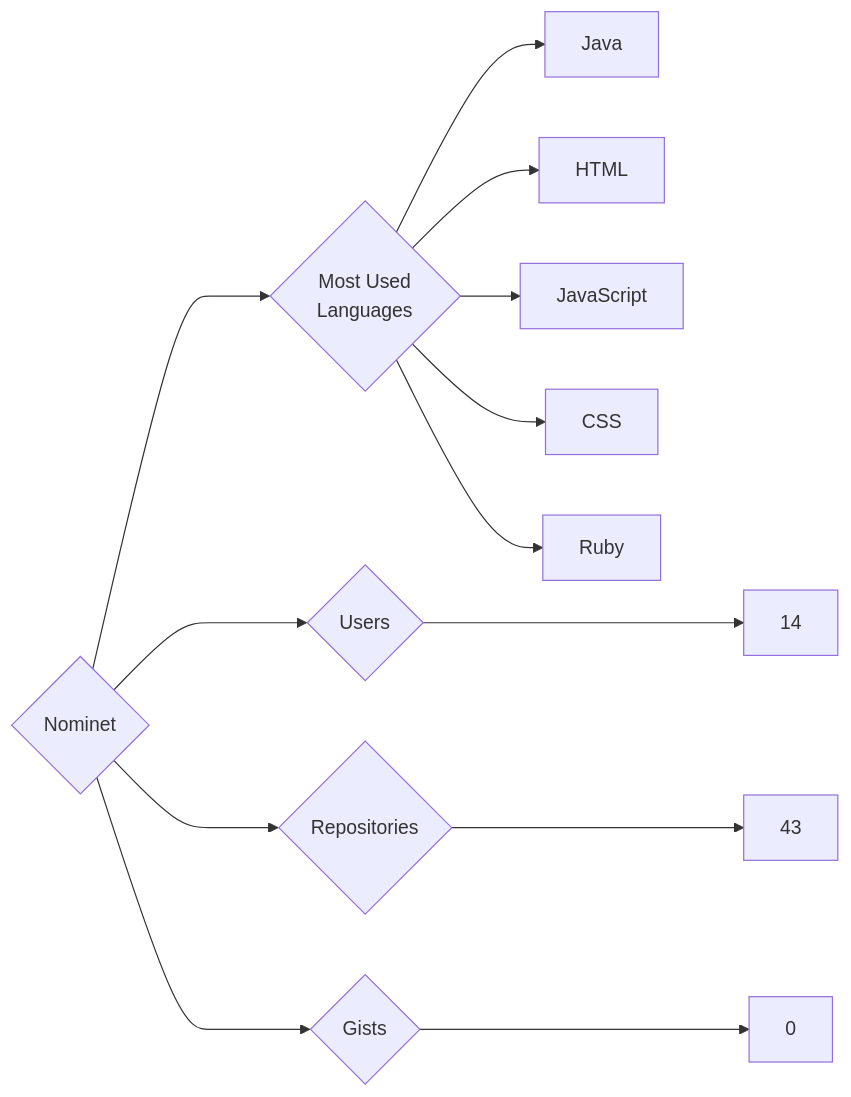
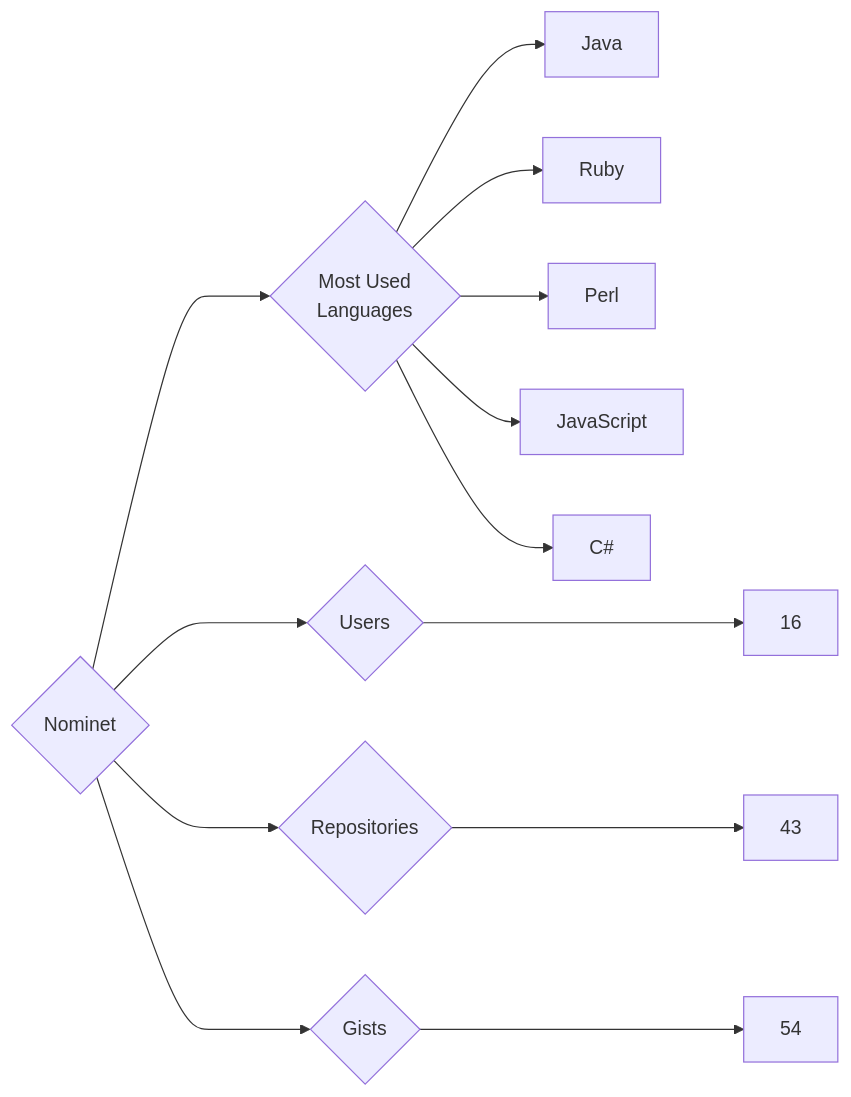
Before and after one commit to trickest/insiders: the diagram in targets/Nominet/README.md, drawn with Mermaid. The commit also changed 997 other files, not shown here.

````diff
--- a/targets/Nominet/README.md
+++ b/targets/Nominet/README.md
@@ -3,13 +3,13 @@
 ```mermaid
 graph LR
 COMPANY_NAME{Nominet}
-COMPANY_NAME ---> U{Users} ---> UN[14]
+COMPANY_NAME ---> U{Users} ---> UN[16]
 COMPANY_NAME ---> R{Repositories} ---> RN[43]
-COMPANY_NAME ---> G{Gists} ---> GN[0]
+COMPANY_NAME ---> G{Gists} ---> GN[54]
 COMPANY_NAME ---> ML{Most Used<br>Languages}
-ML --> Java
-ML --> HTML
-ML --> JavaScript
-ML --> CSS
-ML --> Ruby
+ML --> Java[Java]
+ML --> Ruby[Ruby]
+ML --> Perl[Perl]
+ML --> JavaScript[JavaScript]
+ML --> C#[C#]
 ```
````
